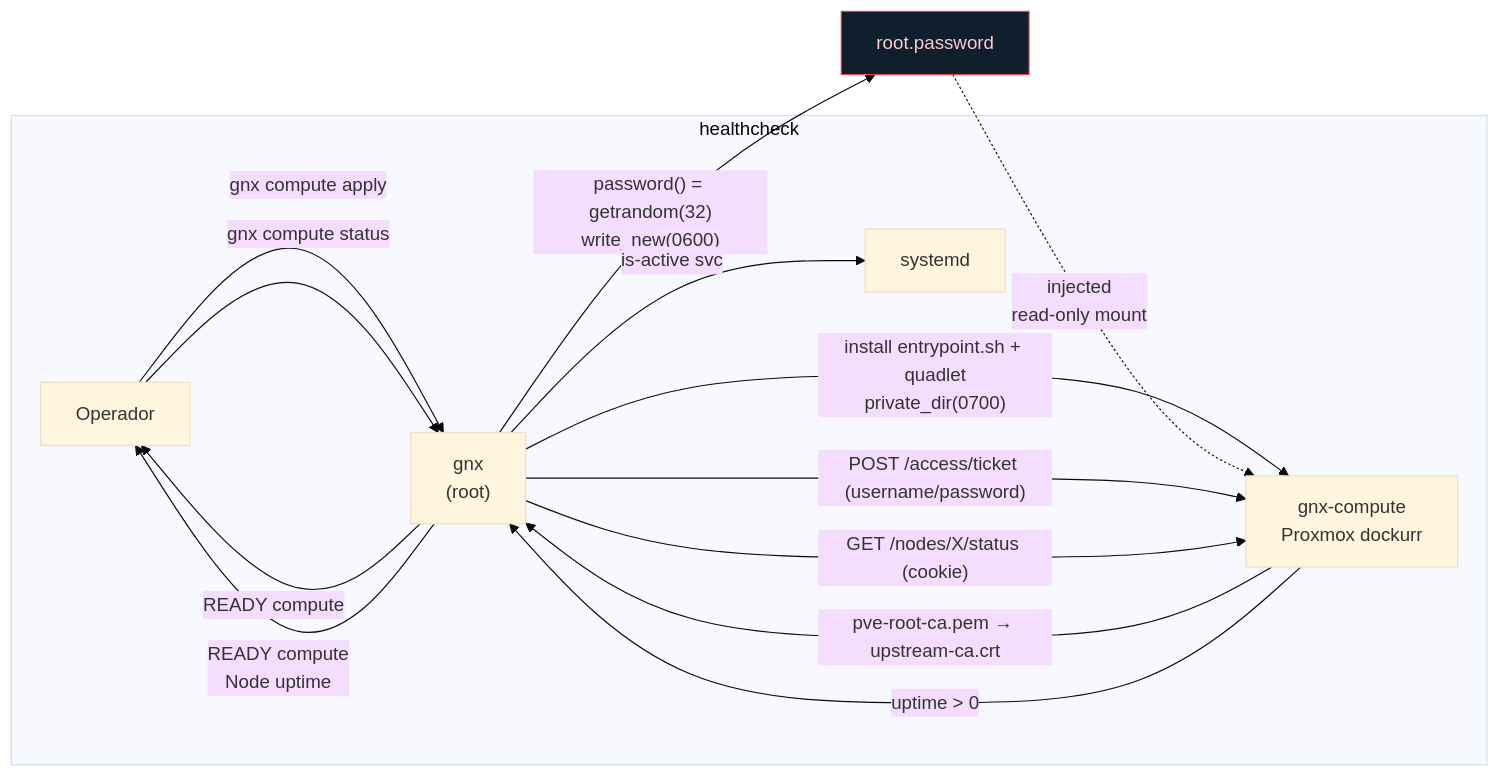
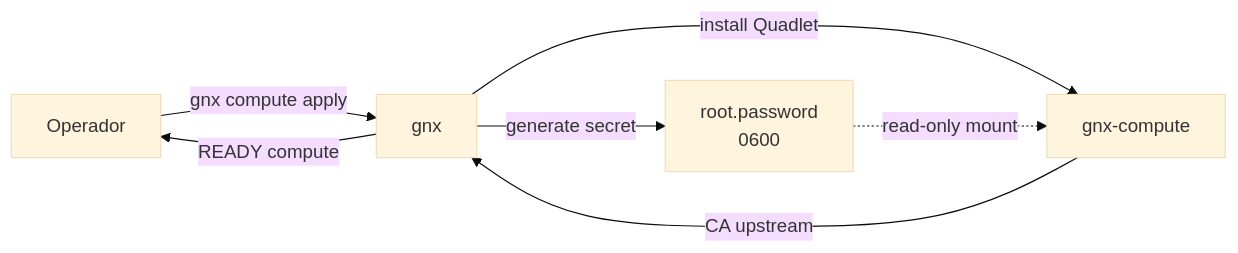
The fourth of 6 diagrams in docs/arquitectura.md (mayas-alas/quetzalcoatl), drawn with Mermaid (base theme) before and after one commit. The commit also changed other lines of this file and 9 other files, not shown here.

````diff
--- a/docs/arquitectura.md
+++ b/docs/arquitectura.md
@@ -103,20 +172,9 @@
 ```mermaid
 flowchart LR
-    OP["Operador"] -->|"gnx compute apply"| BIN["gnx<br/>(root)"]
-    BIN -->|"install entrypoint.sh + quadlet<br/>private_dir(0700)"| CMP["gnx-compute<br/>Proxmox dockurr"]
-    BIN -->|"password() = getrandom(32)<br/>write_new(0600)"| PWD["root.password"]
-    PWD -.->|"injected<br/>read-only mount"| CMP
-    CMP -->|"pve-root-ca.pem → upstream-ca.crt"| BIN
-    BIN -->|"READY compute"| OP
-
-    subgraph HEALTH["healthcheck"]
-        OP -->|"gnx compute status"| BIN
-        BIN -->|"is-active svc"| SYS["systemd"]
-        BIN -->|"POST /access/ticket (username/password)"| CMP
-        BIN -->|"GET /nodes/X/status (cookie)"| CMP
-        CMP -->|"uptime > 0"| BIN
-        BIN -->|"READY compute<br/>Node uptime"| OP
-    end
-
-    style PWD fill:#0f1f2e,stroke:#ef4444,color:#fecaca
+    OP["Operador"] -->|"gnx compute apply"| GNX["gnx"]
+    GNX -->|"install Quadlet"| CMP["gnx-compute"]
+    GNX -->|"generate secret"| PWD["root.password<br/>0600"]
+    PWD -.->|"read-only mount"| CMP
+    CMP -->|"CA upstream"| GNX
+    GNX -->|"READY compute"| OP
 ```
````
